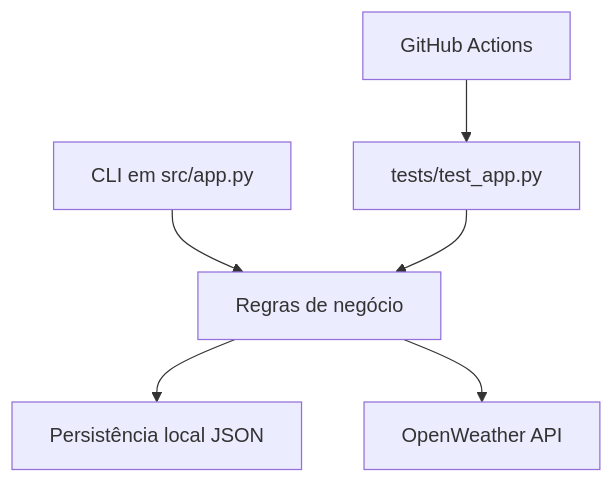
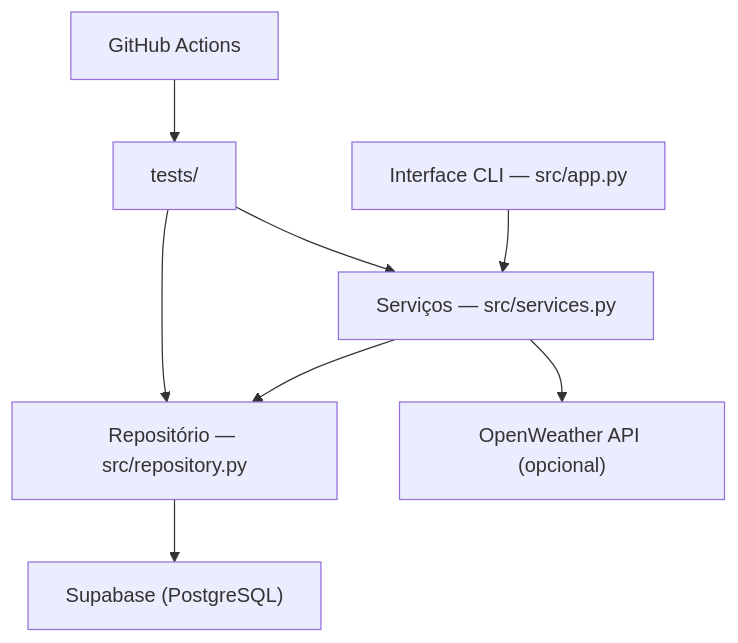
The diagram in Bootcamp II/gastosmart/docs/ARCHITECTURE.md (erickcmendes/CEUB), drawn with Mermaid before and after one commit. The commit also changed other lines of this file and 2 other files, not shown here.

````diff
--- a/Bootcamp II/gastosmart/docs/ARCHITECTURE.md
+++ b/Bootcamp II/gastosmart/docs/ARCHITECTURE.md
@@ -7,8 +10,10 @@
 ```mermaid
 flowchart TD
-    CLI["CLI em src/app.py"] --> Business["Regras de negócio"]
-    Business --> Storage["Persistência local JSON"]
-    Business --> Weather["OpenWeather API"]
-    Tests["tests/test_app.py"] --> Business
+    CLI["Interface CLI — src/app.py"] --> Services["Serviços — src/services.py"]
+    Services --> Repository["Repositório — src/repository.py"]
+    Repository --> Supabase["Supabase (PostgreSQL)"]
+    Services --> Weather["OpenWeather API (opcional)"]
+    Tests["tests/"] --> Services
+    Tests --> Repository
     CI["GitHub Actions"] --> Tests
 ```
````
